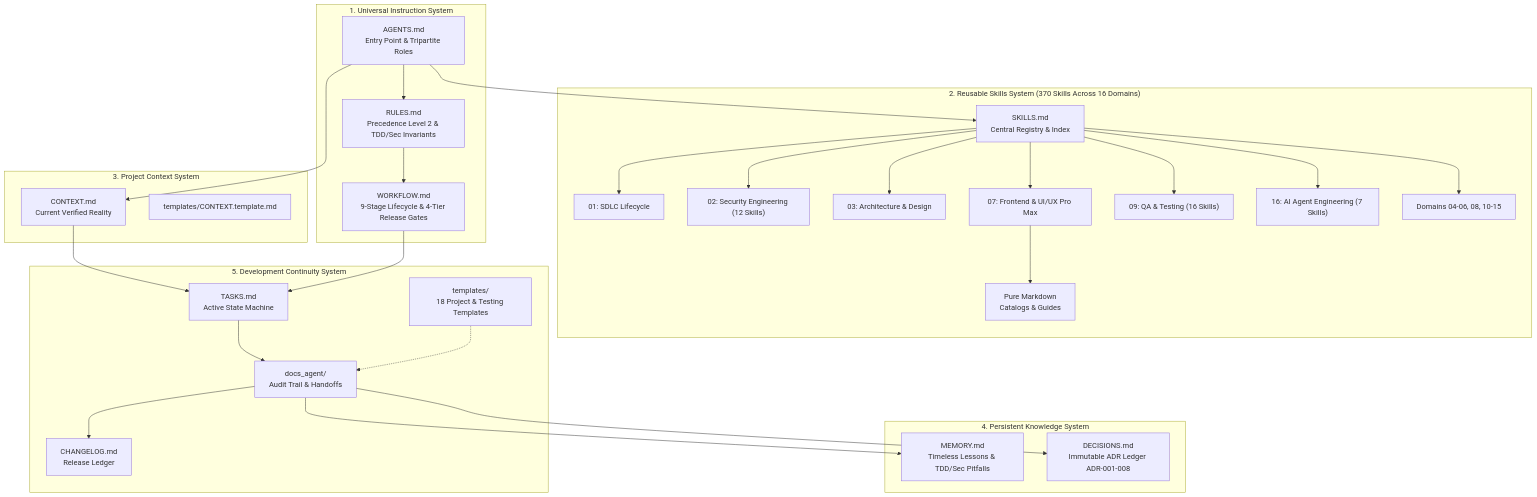
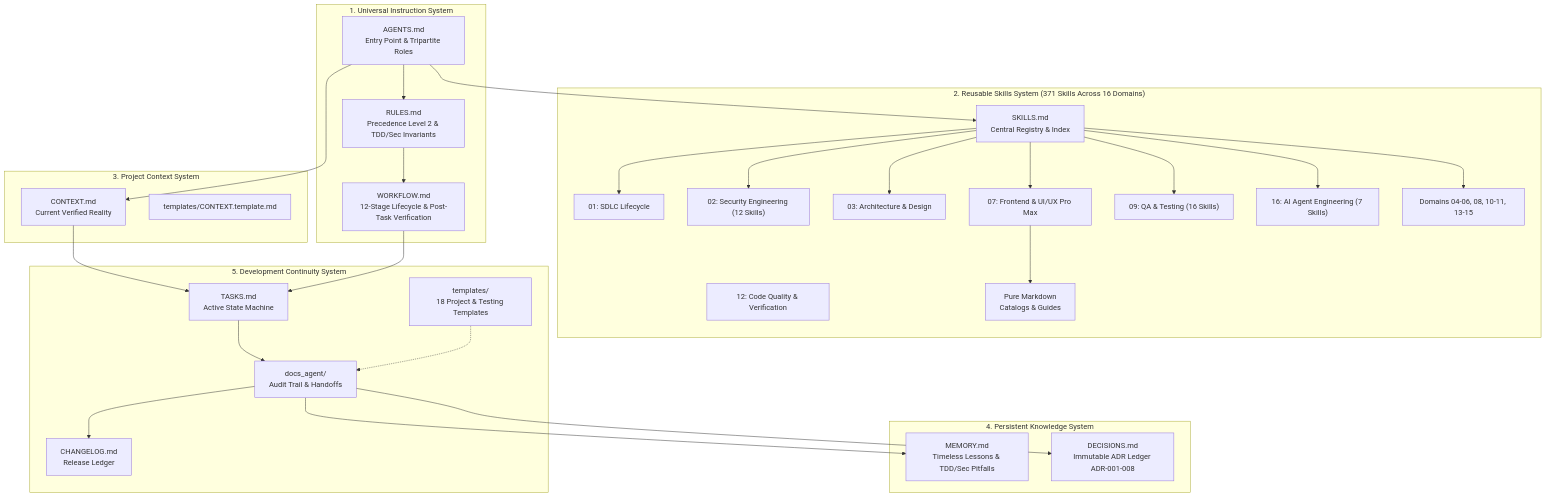
The diagram in CONTEXT.md (Script-By-Lin/Universal-Markdown-Skills-Framework), drawn with Mermaid before and after one commit. The commit also changed other lines of this file and 13 other files, not shown here.

````diff
--- a/CONTEXT.md
+++ b/CONTEXT.md
@@ -48,57 +49,58 @@
 ```mermaid
 flowchart TD
     subgraph S1["1. Universal Instruction System"]
         AG[AGENTS.md\nEntry Point & Tripartite Roles]
         RL[RULES.md\nPrecedence Level 2 & TDD/Sec Invariants]
-        WF[WORKFLOW.md\n9-Stage Lifecycle & 4-Tier Release Gates]
+        WF[WORKFLOW.md\n12-Stage Lifecycle & Post-Task Verification]
     end
 
-    subgraph S2["2. Reusable Skills System (370 Skills Across 16 Domains)"]
+    subgraph S2["2. Reusable Skills System (371 Skills Across 16 Domains)"]
         SKR[SKILLS.md\nCentral Registry & Index]
         D01["01: SDLC Lifecycle"]
         D02["02: Security Engineering (12 Skills)"]
         D03["03: Architecture & Design"]
         D07["07: Frontend & UI/UX Pro Max"]
         D09["09: QA & Testing (16 Skills)"]
+        D12["12: Code Quality & Verification"]
         D16["16: AI Agent Engineering (7 Skills)"]
-        DOTS["Domains 04-06, 08, 10-15"]
+        DOTS["Domains 04-06, 08, 10-11, 13-15"]
         MDC[Pure Markdown\nCatalogs & Guides]
     end
 
     subgraph S3["3. Project Context System"]
         CX[CONTEXT.md\nCurrent Verified Reality]
         CXT[templates/CONTEXT.template.md]
     end
 
     subgraph S4["4. Persistent Knowledge System"]
         MEM[MEMORY.md\nTimeless Lessons & TDD/Sec Pitfalls]
         DEC[DECISIONS.md\nImmutable ADR Ledger ADR-001-008]
     end
 
     subgraph S5["5. Development Continuity System"]
         TSK[TASKS.md\nActive State Machine]
         CHG[CHANGELOG.md\nRelease Ledger]
         DOC[docs_agent/\nAudit Trail & Handoffs]
         TPL[templates/\n18 Project & Testing Templates]
     end
 
     AG --> RL
     AG --> CX
     AG --> SKR
     SKR --> D01
     SKR --> D02
     SKR --> D03
     SKR --> D07
     SKR --> D09
     SKR --> D16
     SKR --> DOTS
     D07 --> MDC
     RL --> WF
     CX --> TSK
     WF --> TSK
     TSK --> DOC
     DOC --> MEM
     DOC --> DEC
     DOC --> CHG
     TPL -.-> DOC
 ```
````
